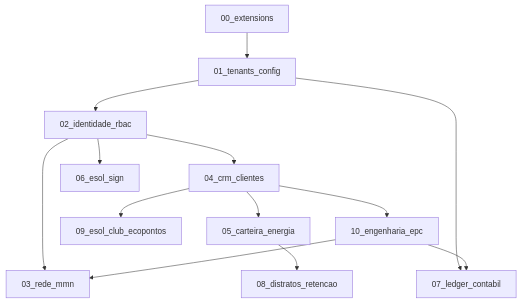
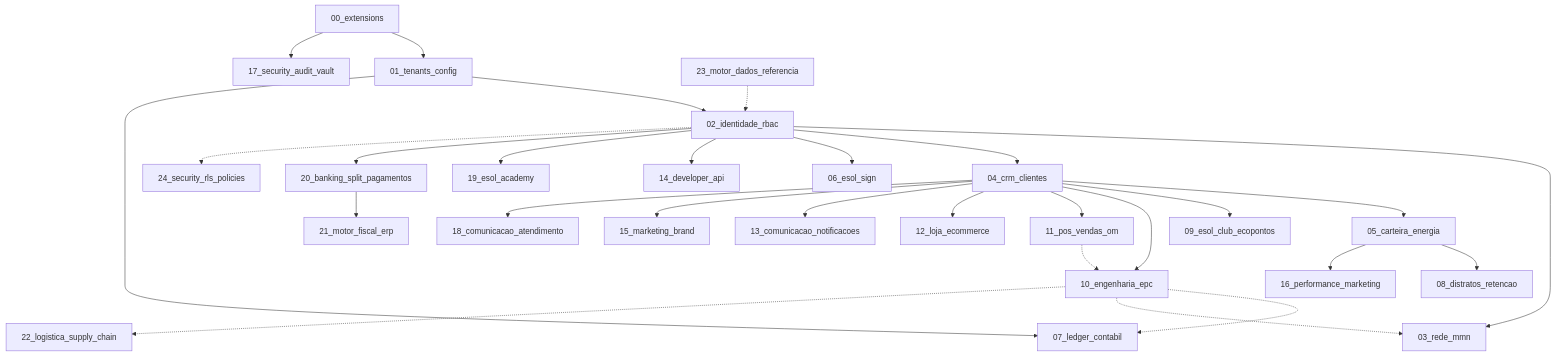
One commit to weslleysoaresuol-svg/esolenergy changed the diagram in docs/database/README.md. Above: the diagram before and after it, drawn with Mermaid. The commit also changed other lines of this file and 214 other files, not shown here.

Commit message:
chore: archive legacy frontend files and sync v25 database architecture maps

````diff
--- a/docs/database/README.md
+++ b/docs/database/README.md
@@ -30,15 +43,30 @@
 ```mermaid
 graph TD
     A["00_extensions"] --> B["01_tenants_config"]
     B --> C["02_identidade_rbac"]
     C --> D["03_rede_mmn"]
     C --> E["04_crm_clientes"]
     E --> F["05_carteira_energia"]
     C --> G["06_esol_sign"]
     B --> H["07_ledger_contabil"]
     F --> I["08_distratos_retencao"]
     E --> J["09_esol_club_ecopontos"]
     E --> K["10_engenharia_epc"]
-    K --> H
-    K --> D
+    K -.-> H
+    K -.-> D
+    E --> L["11_pos_vendas_om"]
+    E --> M["12_loja_ecommerce"]
+    E --> N["13_comunicacao_notificacoes"]
+    L -.-> K
+    C --> O["14_developer_api"]
+    E --> P["15_marketing_brand"]
+    F --> Q["16_performance_marketing"]
+    A --> R["17_security_audit_vault"]
+    E --> S["18_comunicacao_atendimento"]
+    C --> T["19_esol_academy"]
+    C --> U["20_banking_split_pagamentos"]
+    U --> V["21_motor_fiscal_erp"]
+    K -.-> W["22_logistica_supply_chain"]
+    X["23_motor_dados_referencia"] -.-> C
+    C -.-> Y["24_security_rls_policies"]
 ```
````
